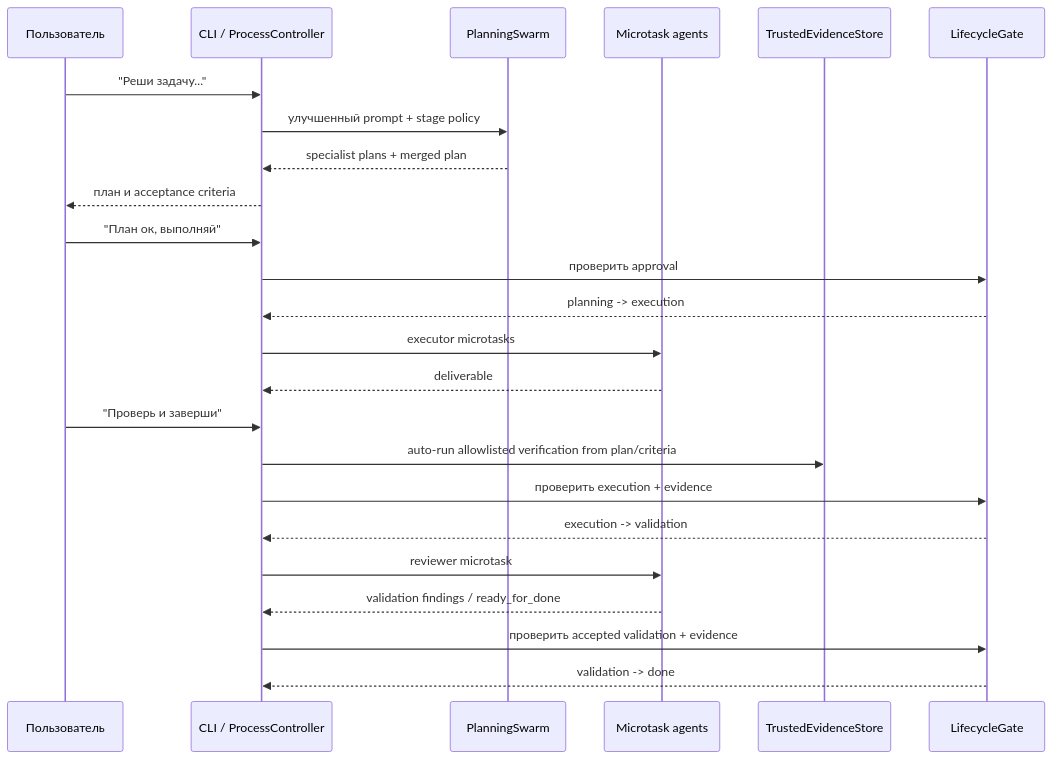
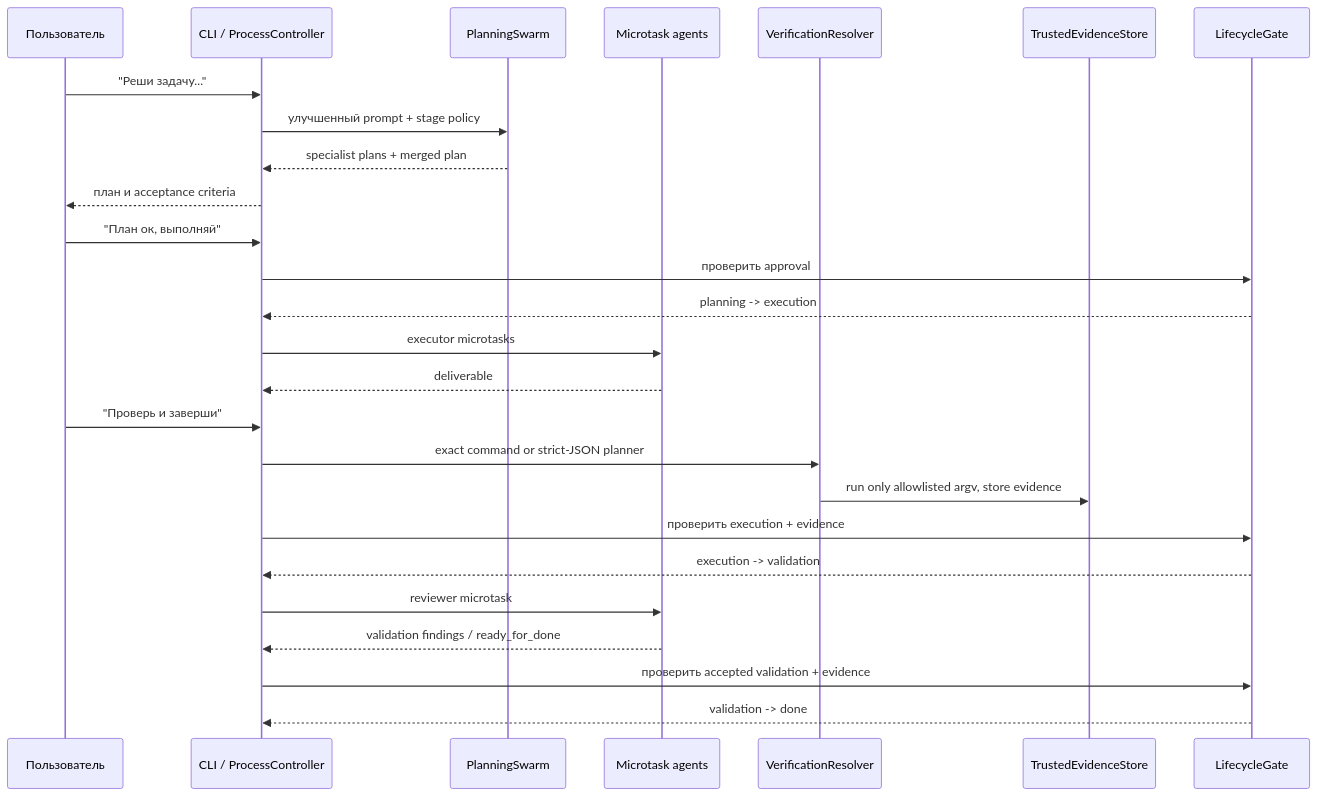
One commit to nikbrik/coding_writer changed diagram 11 of 11 in README.md. Above: the diagram before and after it, drawn with Mermaid. The commit also changed other lines of this file and 29 other files, not shown here.

Commit message:
Implement ContainsDuplicate function and associated tests; enhance planning and execution validation logic; improve handling of malformed JSON responses; update user flow script for new task; ensure proper state management during validation reviews.

````diff
--- a/README.md
+++ b/README.md
@@ -376,27 +386,29 @@
 ```mermaid
 sequenceDiagram
     participant U as Пользователь
     participant C as CLI / ProcessController
     participant P as PlanningSwarm
     participant A as Microtask agents
+    participant R as VerificationResolver
     participant E as TrustedEvidenceStore
     participant G as LifecycleGate
 
     U->>C: "Реши задачу..."
     C->>P: улучшенный prompt + stage policy
     P-->>C: specialist plans + merged plan
     C-->>U: план и acceptance criteria
     U->>C: "План ок, выполняй"
     C->>G: проверить approval
     G-->>C: planning -> execution
     C->>A: executor microtasks
     A-->>C: deliverable
     U->>C: "Проверь и заверши"
-    C->>E: auto-run allowlisted verification from plan/criteria
+    C->>R: exact command or strict-JSON planner
+    R->>E: run only allowlisted argv, store evidence
     C->>G: проверить execution + evidence
     G-->>C: execution -> validation
     C->>A: reviewer microtask
     A-->>C: validation findings / ready_for_done
     C->>G: проверить accepted validation + evidence
     G-->>C: validation -> done
 ```
````
